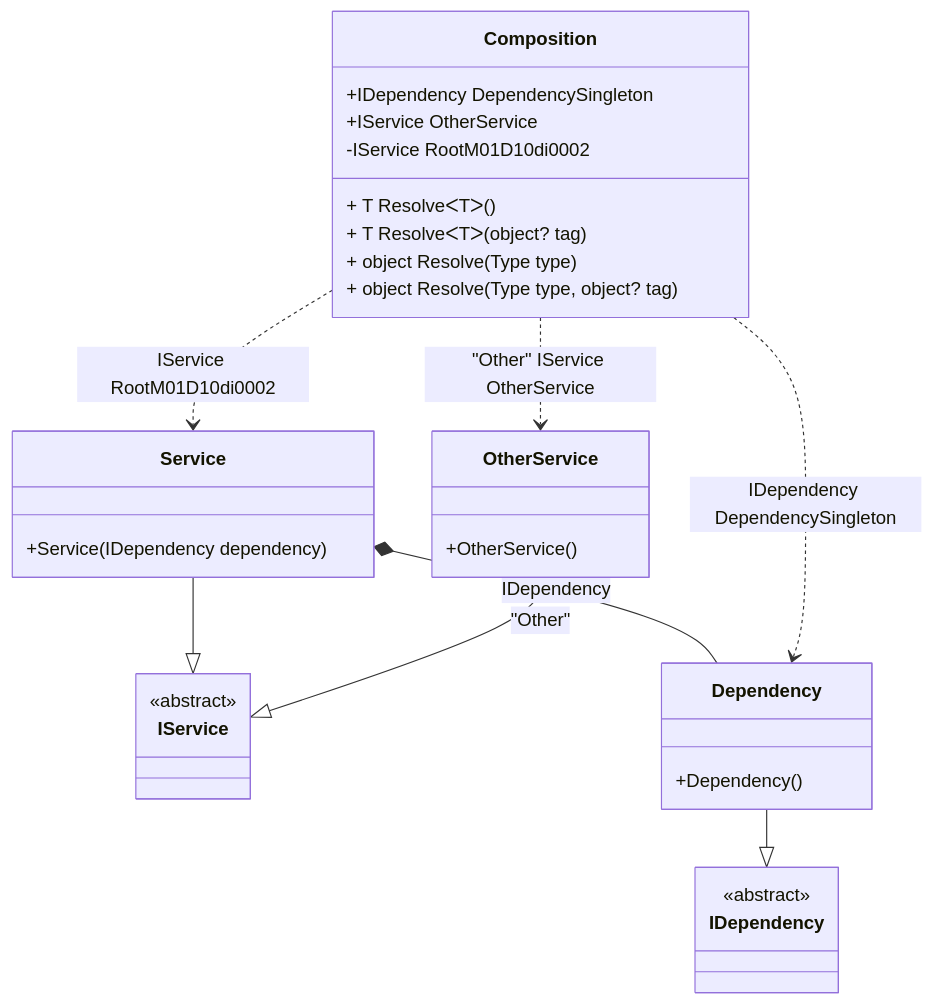
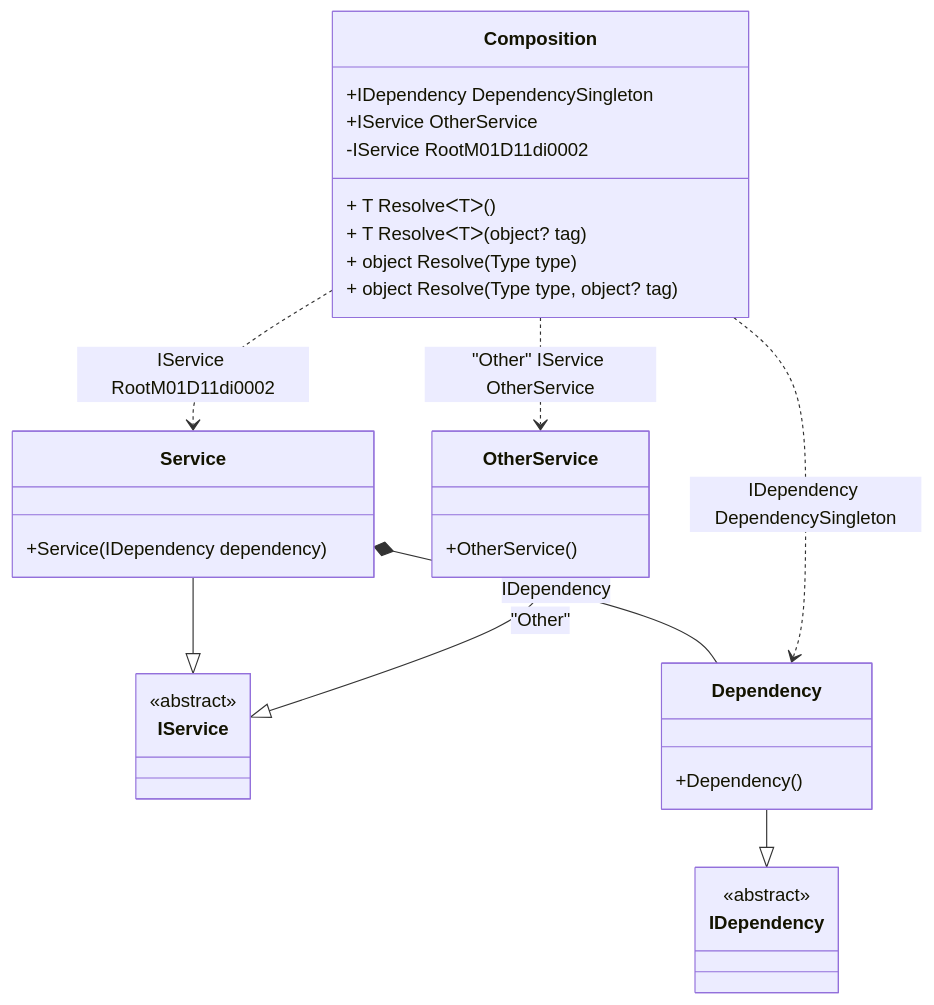
One commit to DevTeam/Pure.DI changed the diagram in readme/resolve-methods.md. Above: the diagram before and after it, drawn with Mermaid. The commit also changed other lines of this file and 103 other files, not shown here.

````diff
--- a/readme/resolve-methods.md
+++ b/readme/resolve-methods.md
@@ -45,34 +45,34 @@
 ```mermaid
 classDiagram
   class Composition {
     +IDependency DependencySingleton
     +IService OtherService
-    -IService RootM01D10di0002
+    -IService RootM01D11di0002
     + T ResolveᐸTᐳ()
     + T ResolveᐸTᐳ(object? tag)
     + object Resolve(Type type)
     + object Resolve(Type type, object? tag)
   }
   Service --|> IService : 
   class Service {
     +Service(IDependency dependency)
   }
   Dependency --|> IDependency : 
   class Dependency {
     +Dependency()
   }
   OtherService --|> IService : "Other" 
   class OtherService {
     +OtherService()
   }
   class IService {
     <<abstract>>
   }
   class IDependency {
     <<abstract>>
   }
   Service *--  Dependency : IDependency
   Composition ..> Dependency : IDependency DependencySingleton
-  Composition ..> Service : IService RootM01D10di0002
+  Composition ..> Service : IService RootM01D11di0002
   Composition ..> OtherService : "Other" IService OtherService
 ```
````
